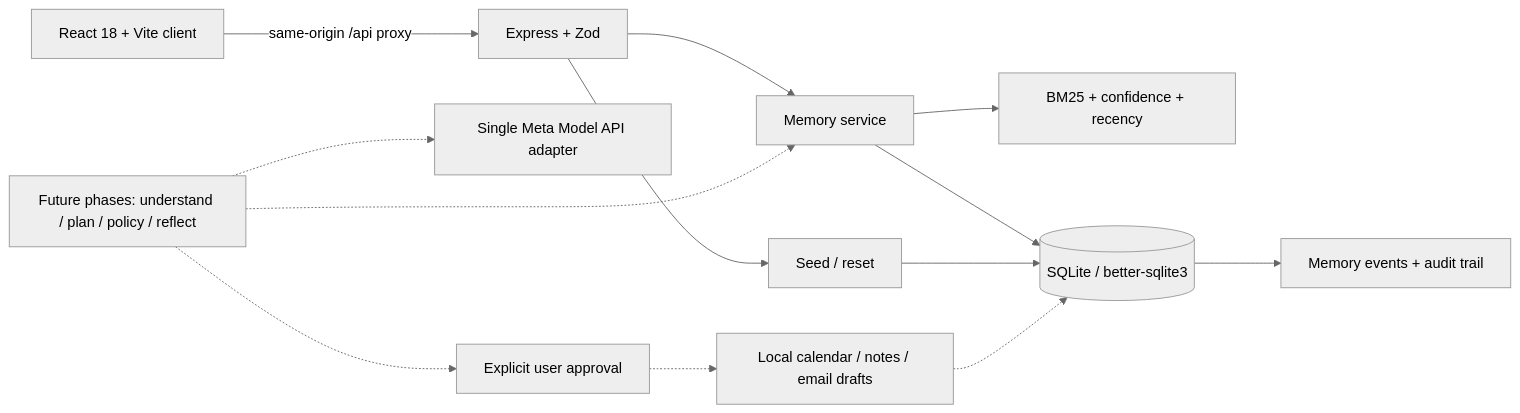
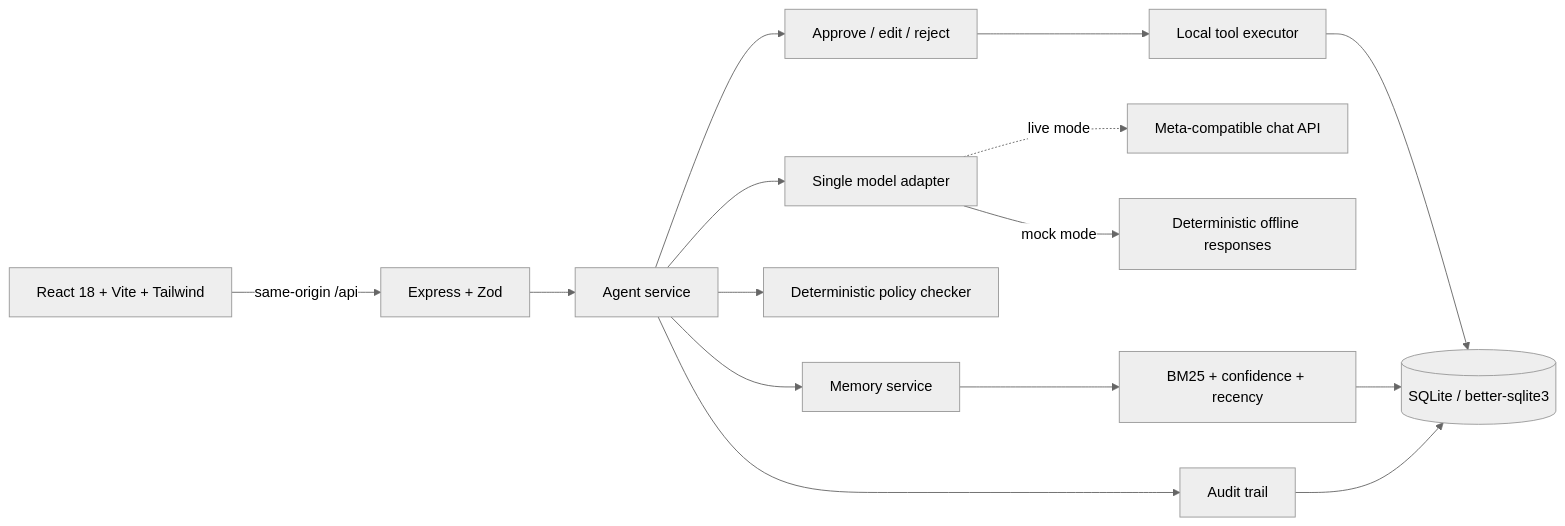
The diagram in README.md (bharanidharanv26/LifeOS), drawn with Mermaid (neutral theme) before and after one commit. The commit also changed other lines of this file and 12 other files, not shown here.

````diff
--- a/README.md
+++ b/README.md
@@ -60,15 +44,17 @@
 ```mermaid
 flowchart LR
-  UI[React 18 + Vite client] -->|same-origin /api proxy| API[Express + Zod]
-  API --> Memory[Memory service]
-  API --> Demo[Seed / reset]
-  Memory --> Retrieval[BM25 + confidence + recency]
-  Memory --> DB[(SQLite / better-sqlite3)]
-  Demo --> DB
-  DB --> Events[Memory events + audit trail]
-  Agent[Future phases: understand / plan / policy / reflect] -.-> Memory
-  Agent -.-> LLM[Single Meta Model API adapter]
-  Agent -.-> Approval[Explicit user approval]
-  Approval -.-> Tools[Local calendar / notes / email drafts]
-  Tools -.-> DB
+  UI[React 18 + Vite + Tailwind] -->|same-origin /api| API[Express + Zod]
+  API --> Agent[Agent service]
+  Agent --> Memory[Memory service]
+  Memory --> Rank[BM25 + confidence + recency]
+  Agent --> LLM[Single model adapter]
+  LLM -.->|live mode| Meta[Meta-compatible chat API]
+  LLM -->|mock mode| Mock[Deterministic offline responses]
+  Agent --> Policy[Deterministic policy checker]
+  Agent --> Review[Approve / edit / reject]
+  Review --> Execute[Local tool executor]
+  Execute --> DB[(SQLite / better-sqlite3)]
+  Rank --> DB
+  Agent --> Audit[Audit trail]
+  Audit --> DB
 ```
````
